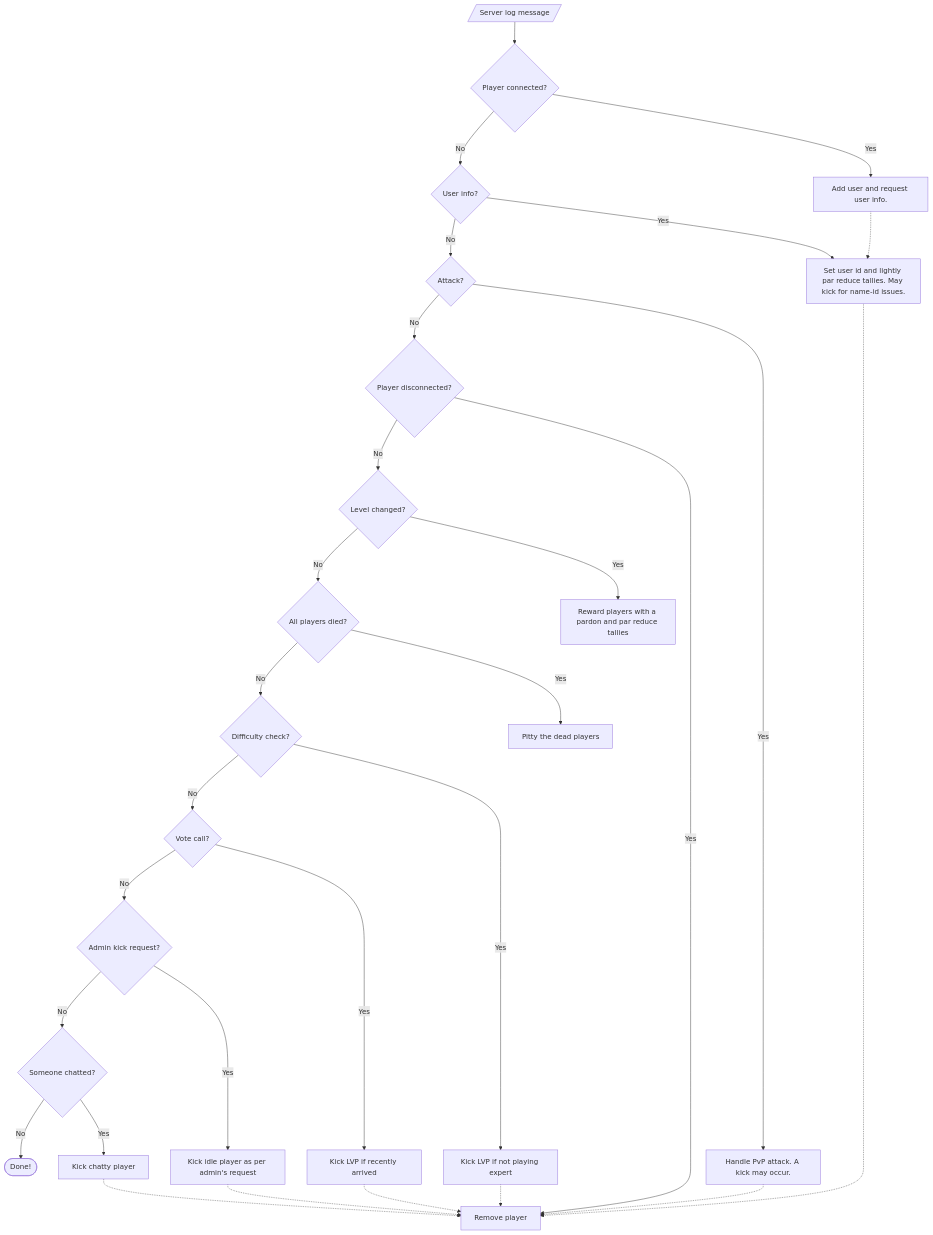
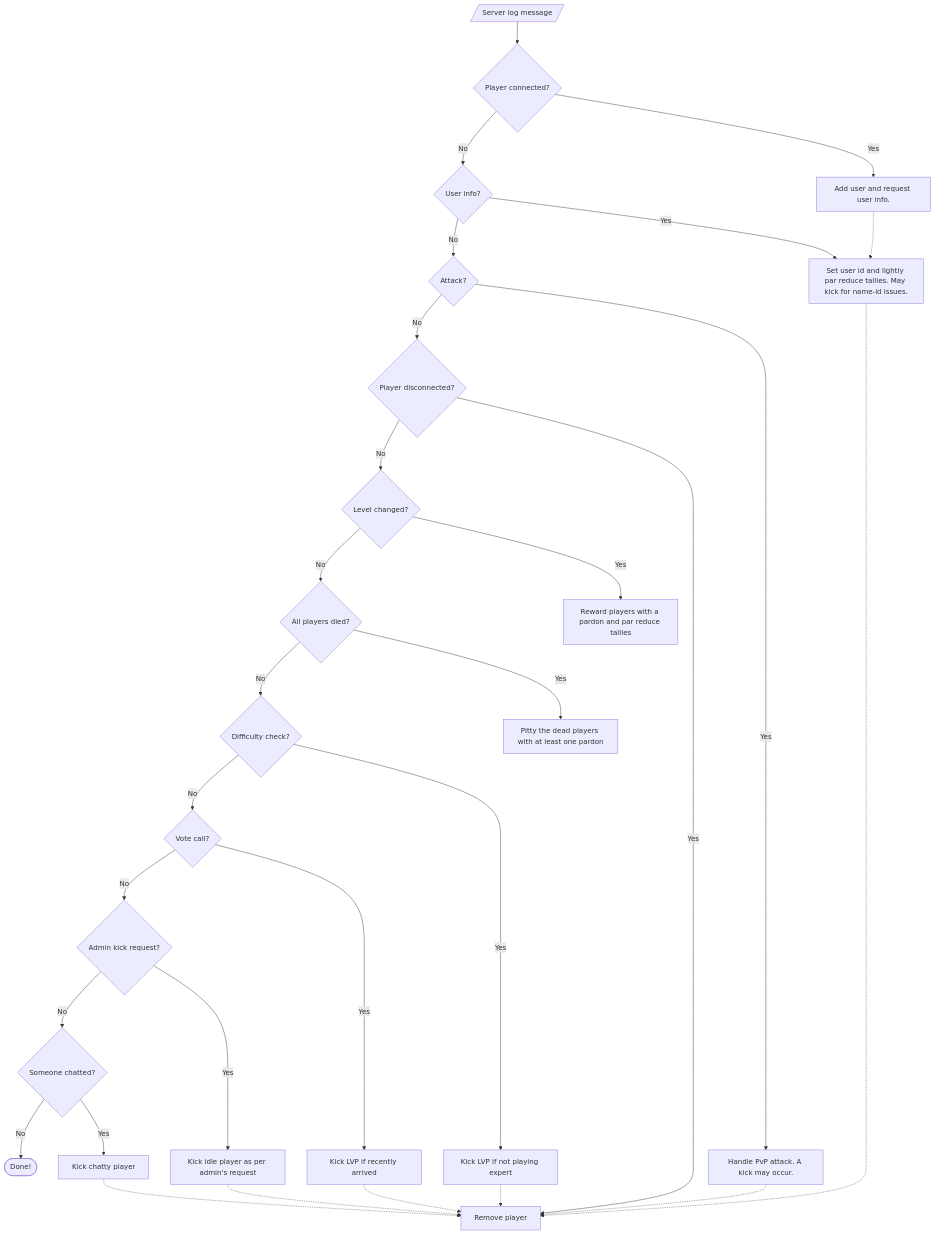
The diagram in README.md (carlosjhr64/l4d2-observer), drawn with Mermaid before and after one commit.

````diff
--- a/README.md
+++ b/README.md
@@ -32,31 +32,31 @@
 ```mermaid
 flowchart TD;
   LogMsg[/Server log message/] --> Connected{Player connected?};
   Connected -->|No| UserInfo{User info?};
   Connected -->|Yes| ProcessConnected[Add user and request user info.];
   UserInfo -->|No| Attack{Attack?};
   UserInfo -->|Yes| ProcessUserInfo[Set user id and lightly par reduce tallies. May kick for name-id issues.];
   ProcessConnected -.-> ProcessUserInfo;
   Attack -->|No| Dropped{Player disconnected?};
   Attack -->|Yes| ProcessAttack[Handle PvP attack. A kick may occur.]
   Dropped -->|No| ChangeLevel{Level changed?}
   Dropped -->|Yes| ProcessDropped[Remove player]
   ProcessUserInfo -.-> ProcessDropped
   ProcessAttack -.-> ProcessDropped
   ChangeLevel -->|No| InitDirectorScript{All players died?}
   ChangeLevel -->|Yes| ProcessChangeLevel[Reward players with a pardon and par reduce tallies]
   InitDirectorScript -->|No| DifficultyCheck{Difficulty check?}
-  InitDirectorScript -->|Yes| ProcessInitDirectorScript[Pitty the dead players]
+  InitDirectorScript -->|Yes| ProcessInitDirectorScript[Pitty the dead players with at least one pardon]
   DifficultyCheck -->|No| PotentialVote{Vote call?}
   DifficultyCheck -->|Yes| ProcessDifficultyCheck[Kick LVP if not playing expert] 
   ProcessDifficultyCheck -.-> ProcessDropped
   PotentialVote --> |No| IdleKick{Admin kick request?}
   PotentialVote --> |Yes| ProcessPotentialVote[Kick LVP if recently arrived]
   ProcessPotentialVote -.-> ProcessDropped
   IdleKick --> |No| Chat{Someone chatted?}
   IdleKick --> |Yes| ProcessIdleKick[Kick idle player as per admin's request]
   ProcessIdleKick -.-> ProcessDropped
   Chat --> |No| Stop([Done!])
   Chat --> |Yes| ProcessChat[Kick chatty player]
   ProcessChat -.-> ProcessDropped
 ```
````
